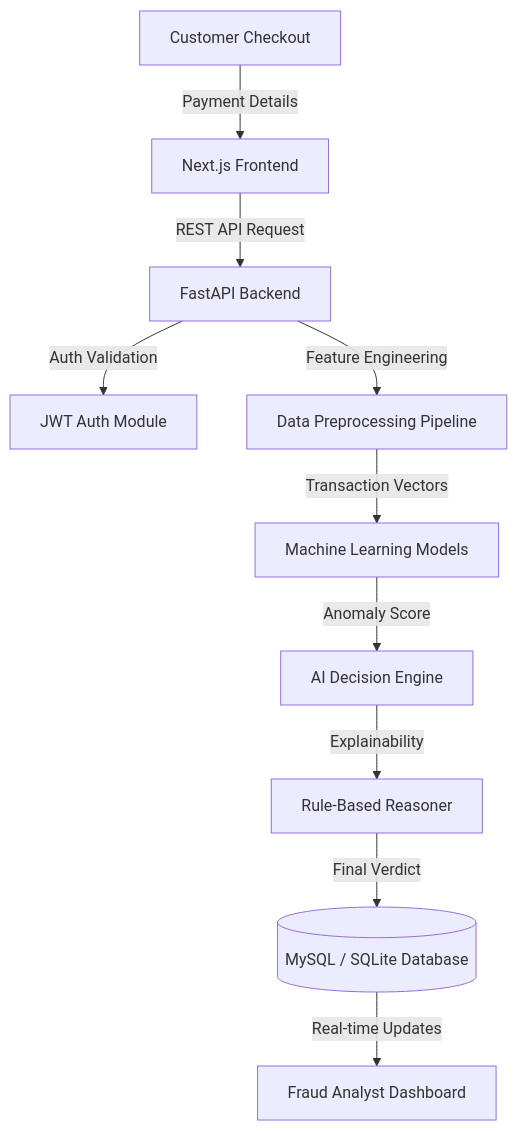
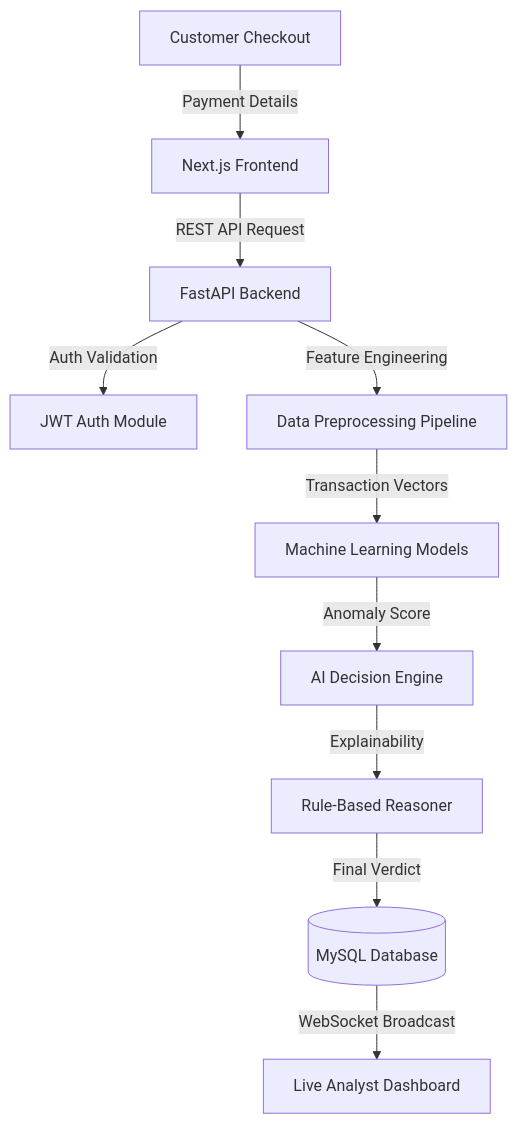
The diagram in README.md (ArtiMadhavan/fraudshield-ai), drawn with Mermaid before and after one commit. The commit also changed other lines of this file and 22 other files, not shown here.

````diff
--- a/README.md
+++ b/README.md
@@ -35,12 +37,12 @@
 ```mermaid
 flowchart TD
   A[Customer Checkout] -->|Payment Details| B[Next.js Frontend]
   B -->|REST API Request| C[FastAPI Backend]
   C -->|Auth Validation| D[JWT Auth Module]
   C -->|Feature Engineering| E[Data Preprocessing Pipeline]
   E -->|Transaction Vectors| F[Machine Learning Models]
   F -->|Anomaly Score| G[AI Decision Engine]
   G -->|Explainability| H[Rule-Based Reasoner]
-  H -->|Final Verdict| I[(MySQL / SQLite Database)]
-  I -->|Real-time Updates| J[Fraud Analyst Dashboard]
+  H -->|Final Verdict| I[(MySQL Database)]
+  I -->|WebSocket Broadcast| J[Live Analyst Dashboard]
 ```
````
